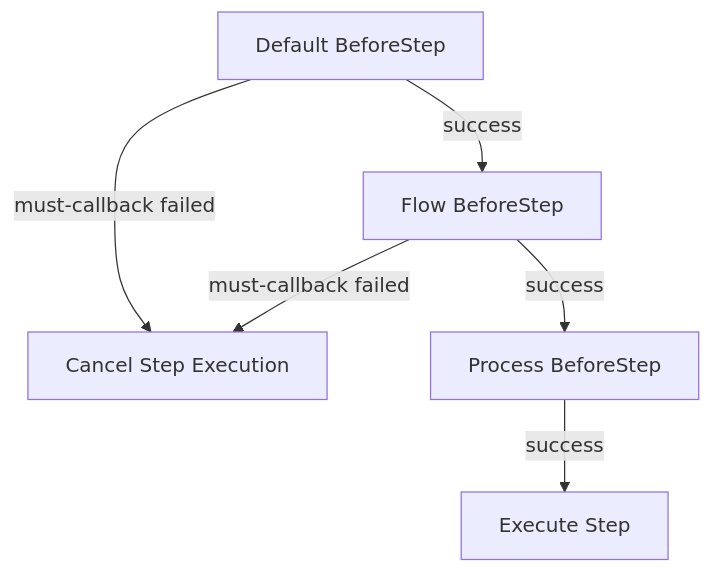
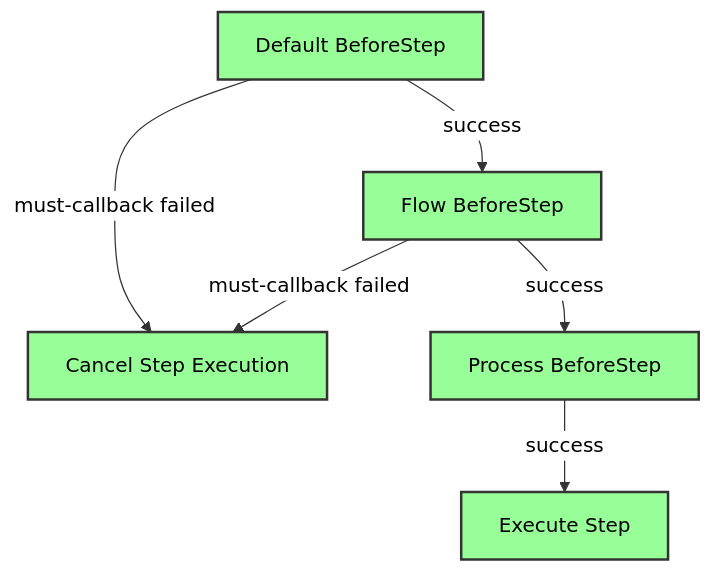
One commit to Bilibotter/light-flow changed the second of 3 diagrams in docs/Callback.cn.md. Above: the diagram before and after it, drawn with Mermaid. The commit also changed other lines of this file and 10 other files, not shown here.

````diff
--- a/docs/Callback.cn.md
+++ b/docs/Callback.cn.md
@@ -176,9 +178,11 @@
 ```mermaid
+%%{init: {'theme': 'neutral', 'themeVariables': { 'primaryColor': '#333', 'lineColor': '#333', 'textColor': 'black' } } }%%
 flowchart TB
     H[Cancel Step Execution]
     A -->|must-callback failed| H
     A[Default BeforeStep] -->|success| B[Flow BeforeStep]
     B -->|must-callback failed| H
     B -->|success| C[Process BeforeStep]
-    C --> |success| D[Execute Step]   
+    C --> |success| D[Execute Step] 
+classDef default fill:#98FF98,stroke:#333,stroke-width:2px;
 ```
````
